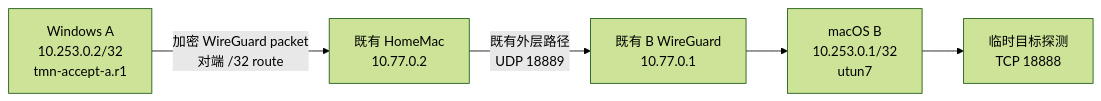
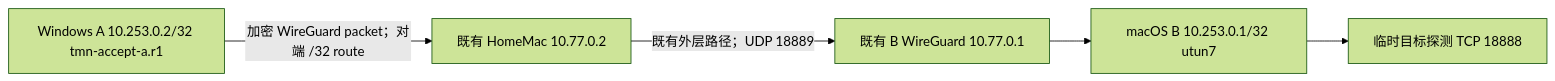
Before and after one commit to Sugarfarmeriod/TunnelMinion: the second of 2 diagrams in docs/architecture.md, drawn with Mermaid (forest theme). The commit also changed other lines of this file and 5 other files, not shown here.

Commit message:
docs: publish safe Mermaid architecture SVGs

````diff
--- a/docs/architecture.md
+++ b/docs/architecture.md
@@ -153,13 +161,13 @@
 ```mermaid
 flowchart LR
-    A["Windows A<br/>10.253.0.2/32<br/>tmn-accept-a.r1"]
-    HA["既有 HomeMac<br/>10.77.0.2"]
-    HB["既有 B WireGuard<br/>10.77.0.1"]
-    B["macOS B<br/>10.253.0.1/32<br/>utun7"]
-    P["临时目标探测<br/>TCP 18888"]
+    A["Windows A 10.253.0.2/32 tmn-accept-a.r1"]
+    HA["既有 HomeMac 10.77.0.2"]
+    HB["既有 B WireGuard 10.77.0.1"]
+    B["macOS B 10.253.0.1/32 utun7"]
+    P["临时目标探测 TCP 18888"]
 
-    A -->|"加密 WireGuard packet<br/>对端 /32 route"| HA
-    HA -->|"既有外层路径<br/>UDP 18889"| HB
+    A -->|"加密 WireGuard packet；对端 /32 route"| HA
+    HA -->|"既有外层路径；UDP 18889"| HB
     HB --> B
     B --> P
 ```
````
